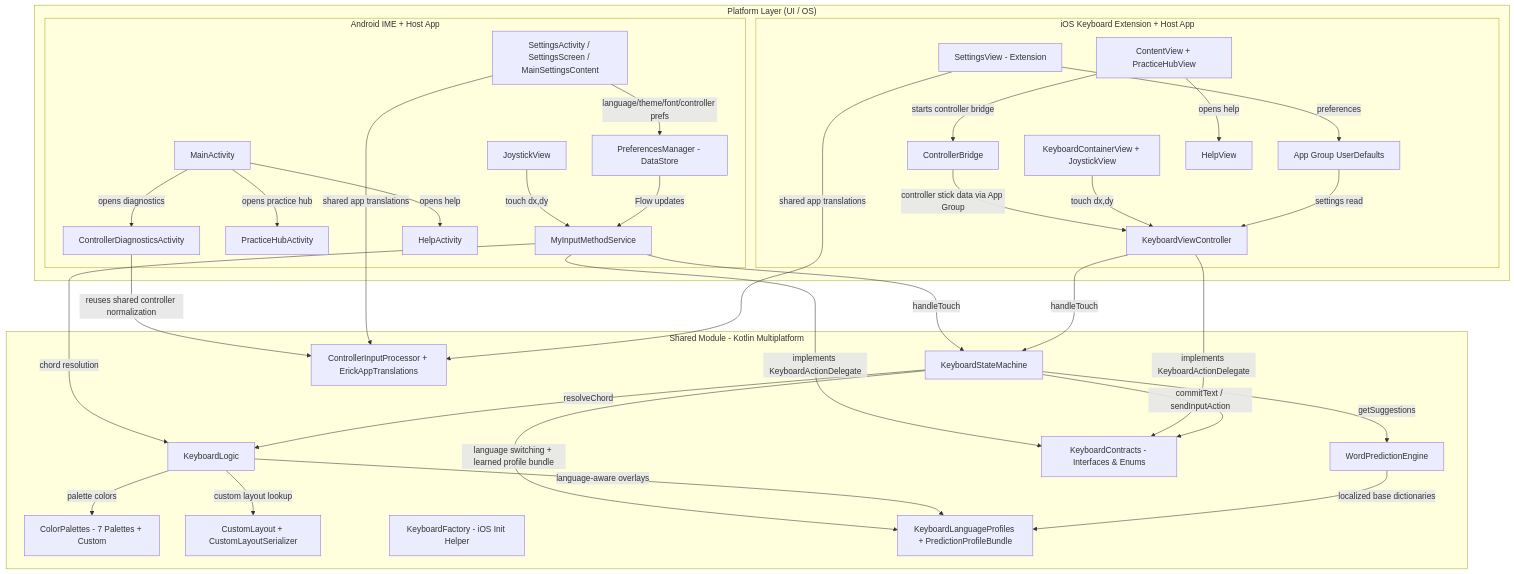
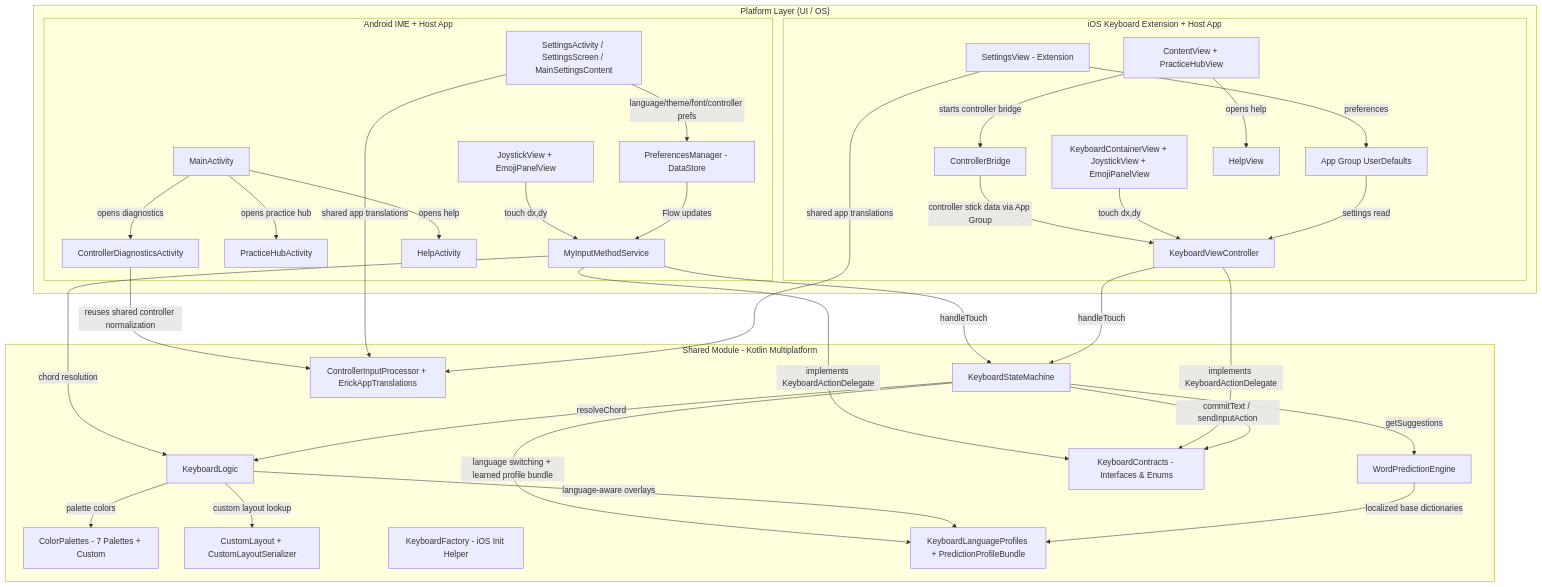
The first of 8 diagrams in APP_CONTEXT.md (vatsalunadkat/ERICKeyboard), drawn with Mermaid before and after one commit. The commit also changed other lines of this file and 33 other files, not shown here.

First line of the commit message:
[ERICK-161] Add cross-platform emoji panel and recent emoji support (#70)

````diff
--- a/APP_CONTEXT.md
+++ b/APP_CONTEXT.md
@@ -73,67 +73,67 @@
 ```mermaid
 graph TB
     subgraph Platform["Platform Layer (UI / OS)"]
         subgraph Android["Android IME + Host App"]
             A1[MyInputMethodService]
-            A2[JoystickView]
+            A2[JoystickView + EmojiPanelView]
             A3[SettingsActivity / SettingsScreen / MainSettingsContent]
             A4[MainActivity]
             A5[PreferencesManager - DataStore]
             A6[PracticeHubActivity]
             A7[ControllerDiagnosticsActivity]
             A8[HelpActivity]
         end
         subgraph iOS["iOS Keyboard Extension + Host App"]
             I1[KeyboardViewController]
-            I2[KeyboardContainerView + JoystickView]
+            I2[KeyboardContainerView + JoystickView + EmojiPanelView]
             I3[SettingsView - Extension]
             I4[ContentView + PracticeHubView]
             I5[App Group UserDefaults]
             I6[ControllerBridge]
             I7[HelpView]
         end
     end
 
     subgraph Shared["Shared Module - Kotlin Multiplatform"]
         S1[KeyboardStateMachine]
         S2[KeyboardLogic]
         S3[WordPredictionEngine]
         S4[KeyboardContracts - Interfaces & Enums]
         S5[ColorPalettes - 7 Palettes + Custom]
         S6[CustomLayout + CustomLayoutSerializer]
         S7[KeyboardFactory - iOS Init Helper]
         S8[KeyboardLanguageProfiles + PredictionProfileBundle]
         S9[ControllerInputProcessor + ErickAppTranslations]
     end
 
     A1 -->|implements KeyboardActionDelegate| S4
     A1 -->|handleTouch| S1
     A1 -->|chord resolution| S2
     A2 -->|touch dx,dy| A1
     A3 -->|language/theme/font/controller prefs| A5
     A5 -->|Flow updates| A1
     A4 -->|opens practice hub| A6
     A4 -->|opens diagnostics| A7
     A4 -->|opens help| A8
     A7 -->|reuses shared controller normalization| S9
 
     I1 -->|implements KeyboardActionDelegate| S4
     I1 -->|handleTouch| S1
     I6 -->|controller stick data via App Group| I1
     I2 -->|touch dx,dy| I1
     I3 -->|preferences| I5
     I5 -->|settings read| I1
     I4 -->|starts controller bridge| I6
     I4 -->|opens help| I7
 
     S1 -->|resolveChord| S2
     S1 -->|getSuggestions| S3
     S1 -->|commitText / sendInputAction| S4
     S1 -->|language switching + learned profile bundle| S8
     S2 -->|custom layout lookup| S6
     S2 -->|language-aware overlays| S8
     S2 -->|palette colors| S5
     S3 -->|localized base dictionaries| S8
     A3 -->|shared app translations| S9
     I3 -->|shared app translations| S9
 ```
````
